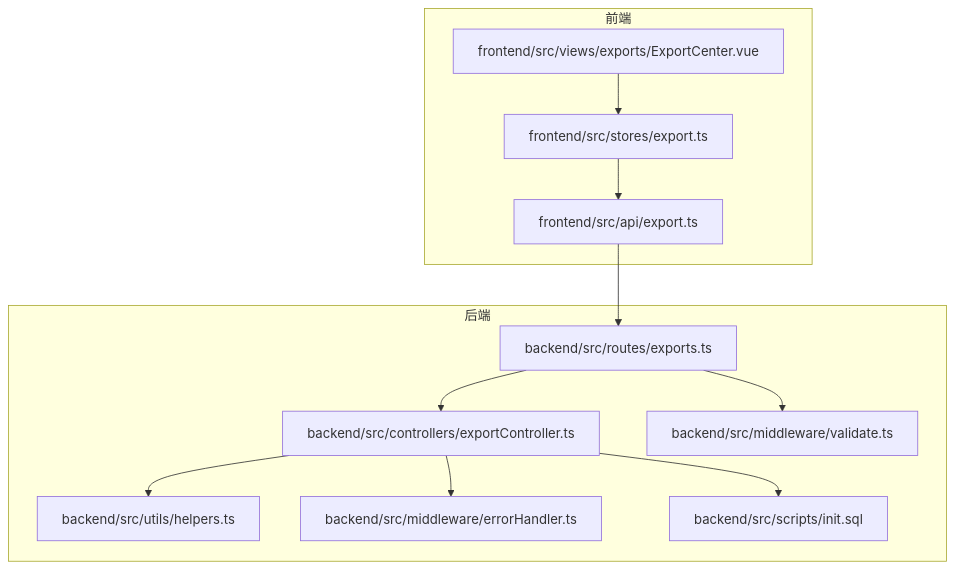
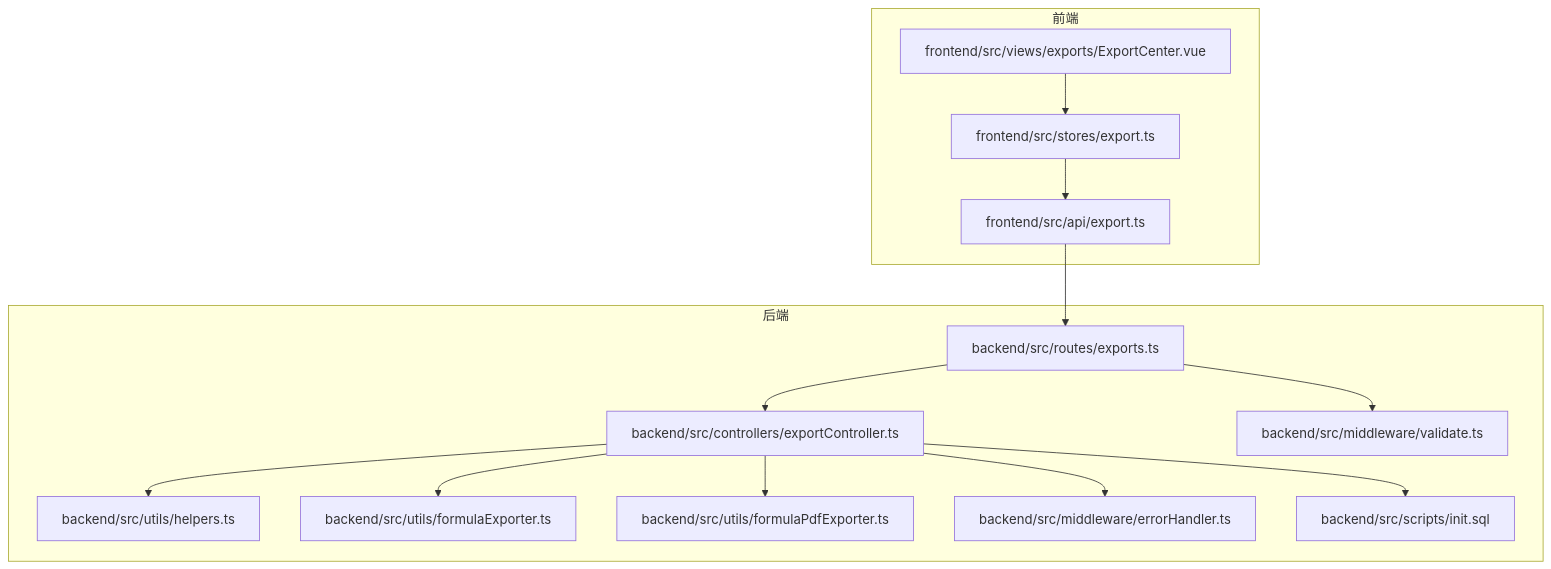
Before and after one commit to xpretycn/TingStudio: the first of 10 diagrams in .qoder/repowiki/zh/content/后端开发指南/控制器层实现/导出控制器.md, drawn with Mermaid. The commit also changed other lines of this file and 56 other files, not shown here.

````diff
--- a/.qoder/repowiki/zh/content/后端开发指南/控制器层实现/导出控制器.md
+++ b/.qoder/repowiki/zh/content/后端开发指南/控制器层实现/导出控制器.md
@@ -34,24 +46,28 @@
 ```mermaid
 graph TB
 subgraph "前端"
 FE_API["frontend/src/api/export.ts"]
 FE_STORE["frontend/src/stores/export.ts"]
 FE_VIEW["frontend/src/views/exports/ExportCenter.vue"]
 end
 subgraph "后端"
 ROUTES["backend/src/routes/exports.ts"]
 CTRL["backend/src/controllers/exportController.ts"]
 HELPERS["backend/src/utils/helpers.ts"]
+FORMULA_EXCEL["backend/src/utils/formulaExporter.ts"]
+FORMULA_PDF["backend/src/utils/formulaPdfExporter.ts"]
 ERR_MW["backend/src/middleware/errorHandler.ts"]
 VALIDATE_MW["backend/src/middleware/validate.ts"]
 DB_INIT["backend/src/scripts/init.sql"]
 end
 FE_VIEW --> FE_STORE
 FE_STORE --> FE_API
 FE_API --> ROUTES
 ROUTES --> CTRL
 CTRL --> HELPERS
+CTRL --> FORMULA_EXCEL
+CTRL --> FORMULA_PDF
 CTRL --> DB_INIT
 ROUTES --> VALIDATE_MW
 CTRL --> ERR_MW
 ```
````
